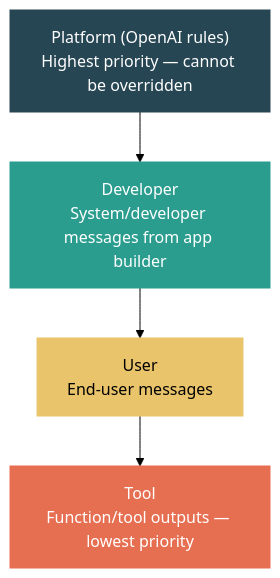
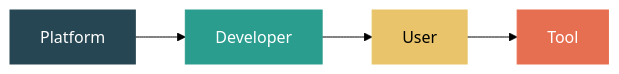
Before and after one commit to dangquan1402/community-contributor-posts: the diagram in 004-prompt-priority-and-caching-order.md, drawn with Mermaid (forest theme). The commit also changed other lines of this file and 9 other files, not shown here.

First line of the commit message:
Improve diagrams, add inline references and TOC headers across all posts

````diff
--- a/004-prompt-priority-and-caching-order.md
+++ b/004-prompt-priority-and-caching-order.md
@@ -12,11 +12,11 @@
 ```mermaid
-graph TD
-    A["Platform (OpenAI rules)<br/>Highest priority — cannot be overridden"] --> B["Developer<br/>System/developer messages from app builder"]
-    B --> C["User<br/>End-user messages"]
-    C --> D["Tool<br/>Function/tool outputs — lowest priority"]
+graph LR
+    A["Platform"] --> B["Developer"]
+    B --> C["User"]
+    C --> D["Tool"]
 
     style A fill:#264653,stroke:#264653,color:#fff
     style B fill:#2a9d8f,stroke:#2a9d8f,color:#fff
     style C fill:#e9c46a,stroke:#e9c46a,color:#000
     style D fill:#e76f51,stroke:#e76f51,color:#fff
 ```
````
